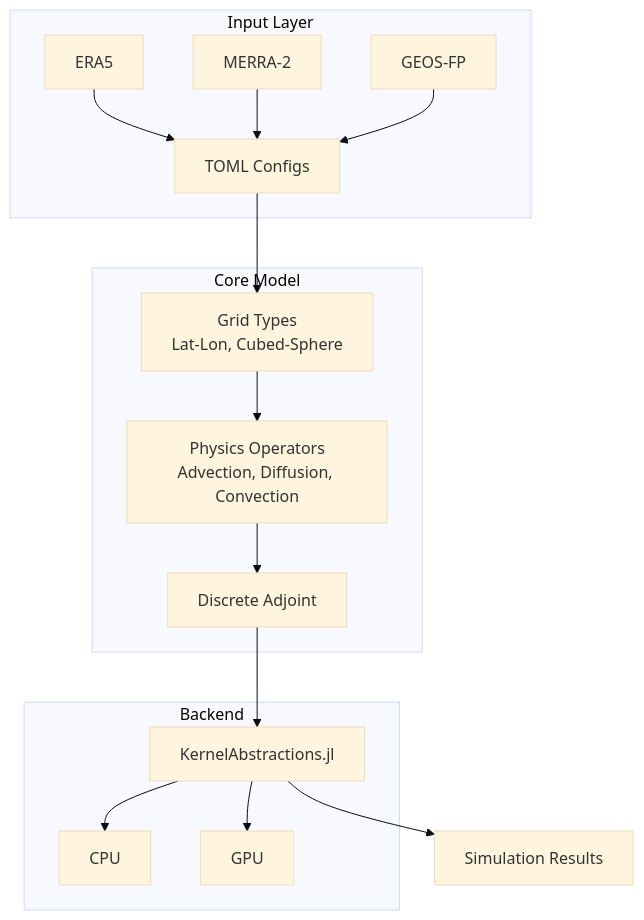
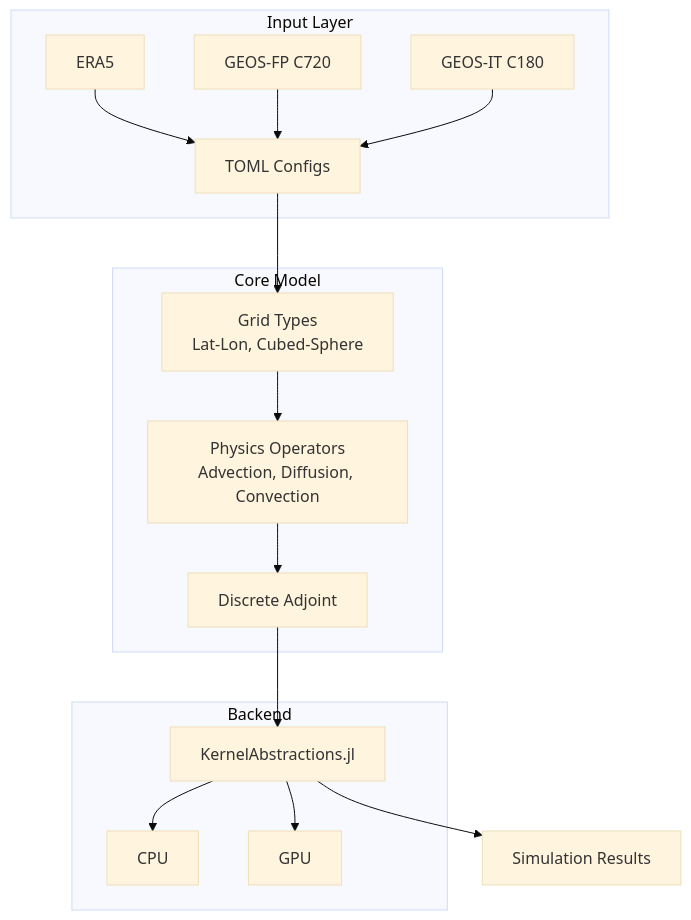
The diagram in README.md (RemoteSensingTools/AtmosTransport), drawn with Mermaid (base theme) before and after one commit. The commit also changed other lines of this file and 8 other files, not shown here.

````diff
--- a/README.md
+++ b/README.md
@@ -42,34 +43,34 @@
 ```mermaid
 flowchart TD
     subgraph inputLayer["Input Layer"]
         ERA5["ERA5"]
-        MERRA2["MERRA-2"]
-        GEOSFP["GEOS-FP"]
+        GEOSFP["GEOS-FP C720"]
+        GEOSIT["GEOS-IT C180"]
         TOMLConfigs["TOML Configs"]
         ERA5 --> TOMLConfigs
-        MERRA2 --> TOMLConfigs
         GEOSFP --> TOMLConfigs
+        GEOSIT --> TOMLConfigs
     end
     
     subgraph coreModel["Core Model"]
         gridTypes["Grid Types<br/>Lat-Lon, Cubed-Sphere"]
         physicsOps["Physics Operators<br/>Advection, Diffusion, Convection"]
         discreteAdjoint["Discrete Adjoint"]
         TOMLConfigs --> gridTypes
         gridTypes --> physicsOps
         physicsOps --> discreteAdjoint
     end
     
     subgraph backend["Backend"]
         kernelAbstractions["KernelAbstractions.jl"]
         CPU["CPU"]
         GPU["GPU"]
         kernelAbstractions --> CPU
         kernelAbstractions --> GPU
     end
     
     output["Simulation Results"]
     
     discreteAdjoint --> kernelAbstractions
     kernelAbstractions --> output
 ```
````
